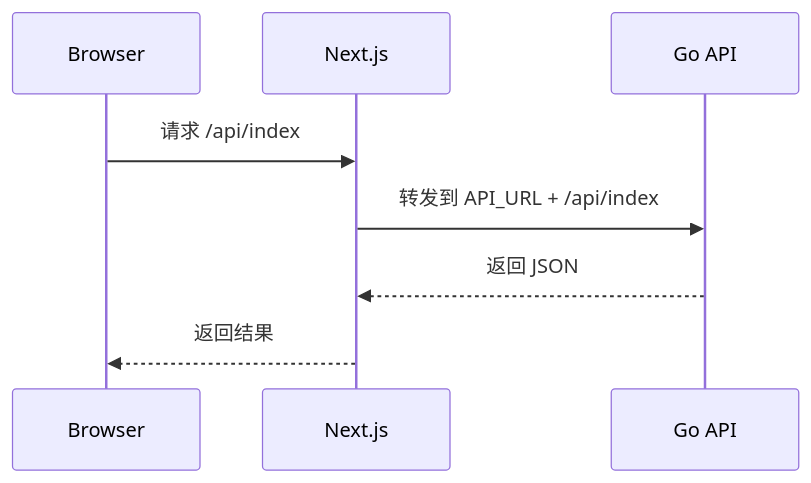
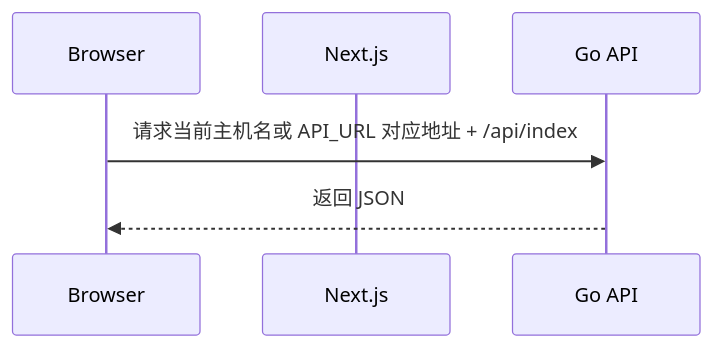
The second of 2 diagrams in web/README.md (fe-spark/EcoHub), drawn with Mermaid before and after one commit. The commit also changed other lines of this file and 46 other files, not shown here.

````diff
--- a/web/README.md
+++ b/web/README.md
@@ -70,11 +85,9 @@
 ```mermaid
 sequenceDiagram
     participant Browser
     participant Next as Next.js
     participant API as Go API
 
-    Browser->>Next: 请求 /api/index
-    Next->>API: 转发到 API_URL + /api/index
-    API-->>Next: 返回 JSON
-    Next-->>Browser: 返回结果
+    Browser->>API: 请求当前主机名或 API_URL 对应地址 + /api/index
+    API-->>Browser: 返回 JSON
 ```
````
